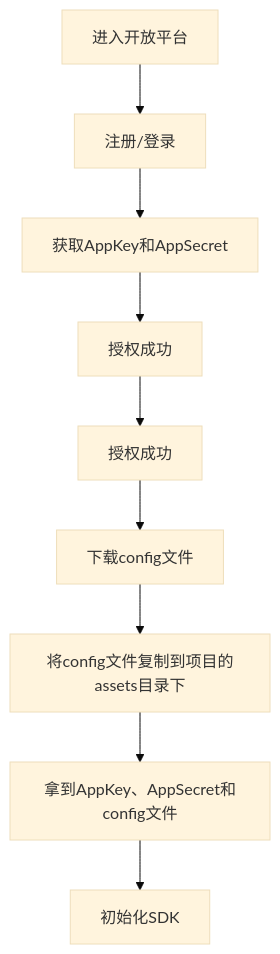
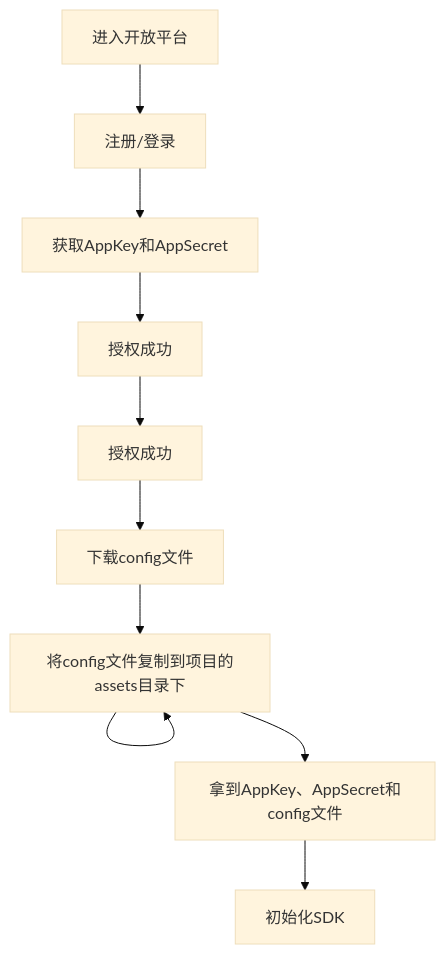
The second of 2 diagrams in README.md (LefuHengqi/BluetoothKit-AndroidDemo), drawn with Mermaid (base theme) before and after one commit.

```diff
--- a/README.md
+++ b/README.md
@@ -48,7 +48,11 @@
 ~~~mermaid
 graph TD
-A[进入开放平台] --> B[注册/登录] --> 
-C[获取AppKey和AppSecret] --> D[授权成功]--> 
-E[授权成功] --> F[下载config文件] --> G[将config文件复制到项目的assets目录下] --> 
+A[进入开放平台] --> B[注册/登录]
+B[注册/登录] --> C[获取AppKey和AppSecret]
+C[获取AppKey和AppSecret] --> D[授权成功] 
+D[授权成功]  --> E[授权成功]
+E[授权成功] --> F[下载config文件]
+F[下载config文件] --> G[将config文件复制到项目的assets目录下] --> 
+G[将config文件复制到项目的assets目录下] --> H[拿到AppKey、AppSecret和config文件] 
 H[拿到AppKey、AppSecret和config文件] --> I[初始化SDK]
 ~~~
```
